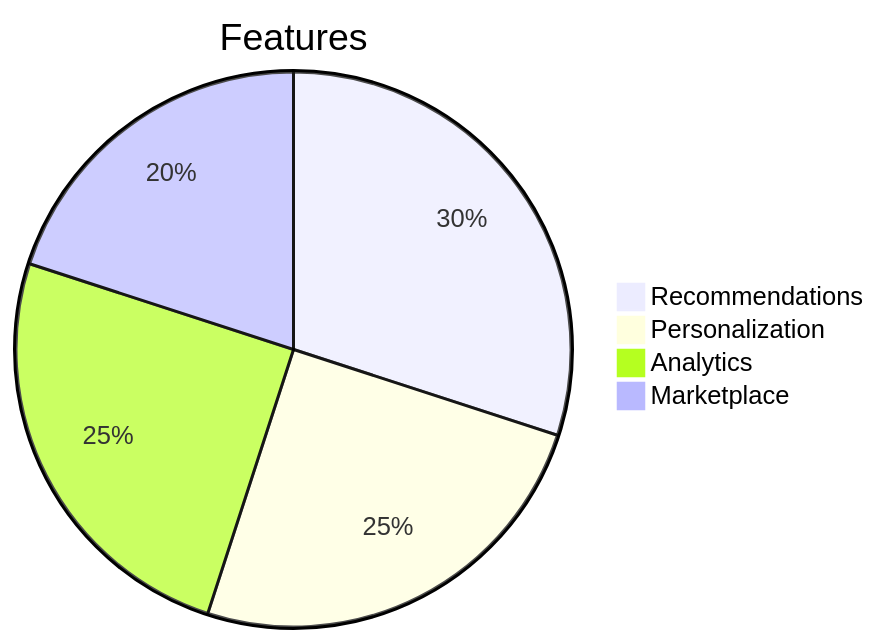
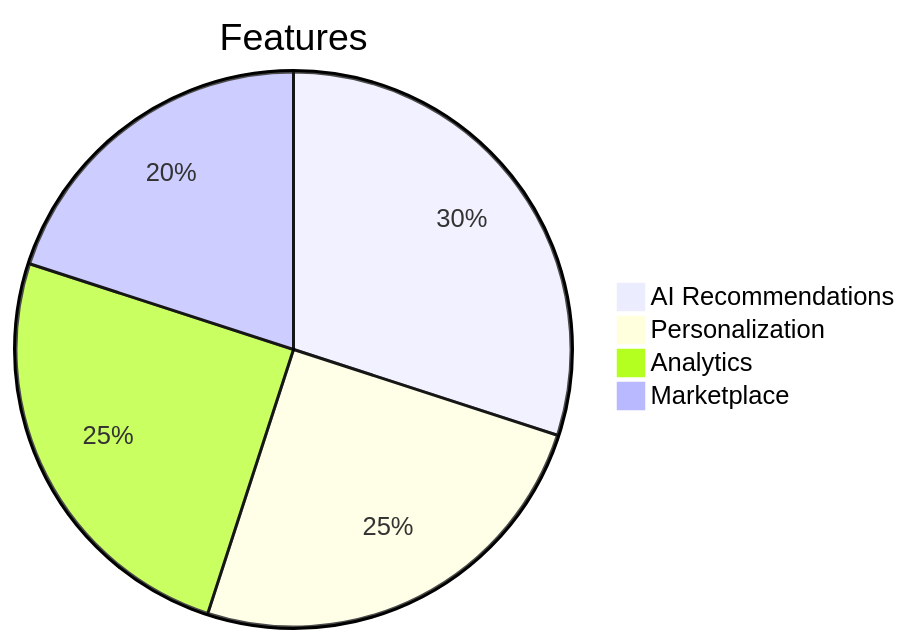
Before and after one commit to vaibhav2225/vaibhav2225: the second of 6 diagrams in README.md, drawn with Mermaid. The commit also changed other lines of this file, not shown here.

````diff
--- a/README.md
+++ b/README.md
@@ -206,7 +242,7 @@
 ```mermaid
 pie title Features
-    "Recommendations" : 30
+    "AI Recommendations" : 30
     "Personalization" : 25
     "Analytics" : 25
     "Marketplace" : 20
 ```
````
